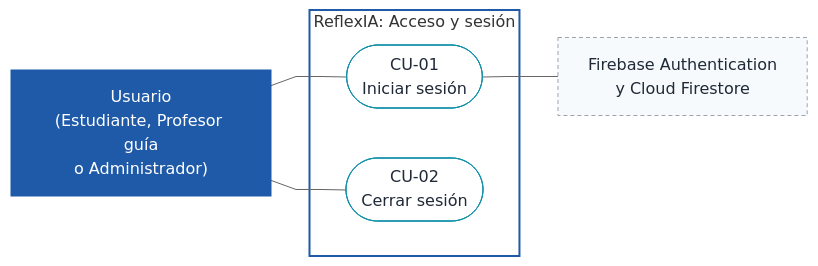
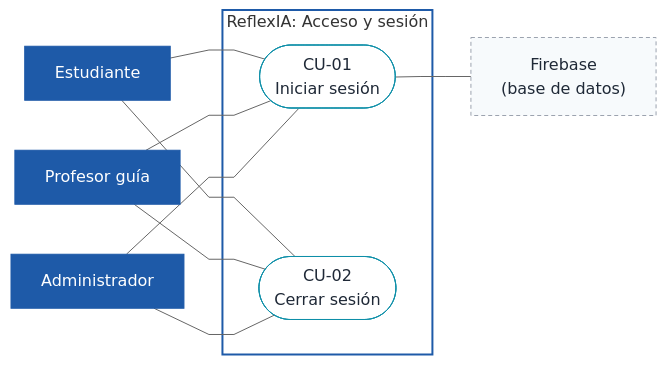
Before and after one commit to gvbr-iel/reflexIA: the first of 7 diagrams in docs/especificacion/09-diagramas-casos-de-uso.md, drawn with Mermaid. The commit also changed other lines of this file and 21 other files, not shown here.

````diff
--- a/docs/especificacion/09-diagramas-casos-de-uso.md
+++ b/docs/especificacion/09-diagramas-casos-de-uso.md
@@ -37,20 +37,26 @@
 ```mermaid
 %%{init: {"theme":"neutral","flowchart":{"curve":"linear"}}}%%
 flowchart LR
-  usu["Usuario<br/>(Estudiante, Profesor guía<br/>o Administrador)"]:::actor
-  fb["Firebase Authentication<br/>y Cloud Firestore"]:::ext
+  est["Estudiante"]:::actor
+  doc["Profesor guía"]:::actor
+  adm["Administrador"]:::actor
+  fb["Firebase<br/>(base de datos)"]:::ext
 
   subgraph SIS["ReflexIA: Acceso y sesión"]
     CU01(["CU-01<br/>Iniciar sesión"]):::uc
     CU02(["CU-02<br/>Cerrar sesión"]):::uc
   end
 
-  usu --- CU01
-  usu --- CU02
+  est --- CU01
+  doc --- CU01
+  adm --- CU01
+  est --- CU02
+  doc --- CU02
+  adm --- CU02
   CU01 --- fb
 
   style SIS fill:none,stroke:#1E5AA8,stroke-width:2px
   classDef actor fill:#1E5AA8,stroke:#1E5AA8,color:#ffffff;
   classDef ext fill:#F7FAFC,stroke:#9CA3AF,color:#1F2937,stroke-dasharray:4 3;
   classDef uc fill:#ffffff,stroke:#0F8FA8,color:#1F2937;
 ```
````
